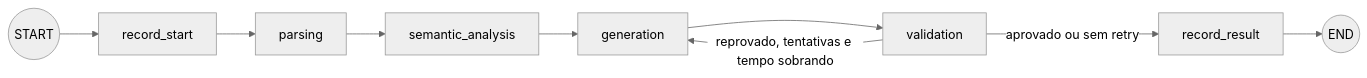
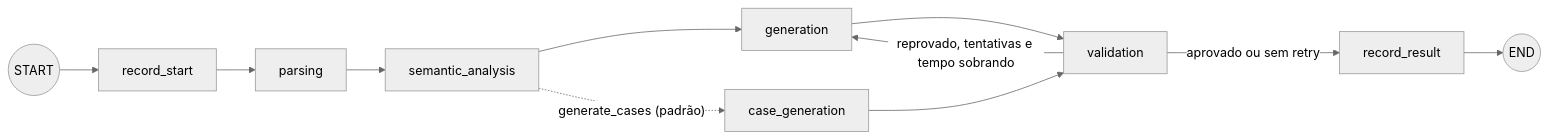
Before and after one commit to pedro-nuness/desafio-tecnico-sql-python: the diagram in README.md, drawn with Mermaid (neutral theme). The commit also changed other lines of this file and 56 other files, not shown here.

First line of the commit message:
feat: add case generation functionality and enhance modernization process

````diff
--- a/README.md
+++ b/README.md
@@ -98,11 +106,13 @@
 ```mermaid
 flowchart LR
     START((START)) --> record_start
     record_start --> parsing
     parsing --> semantic_analysis
     semantic_analysis --> generation
+    semantic_analysis -. "generate_cases (padrão)" .-> case_generation
     generation --> validation
+    case_generation --> validation
     validation -- "reprovado, tentativas e tempo sobrando" --> generation
     validation -- "aprovado ou sem retry" --> record_result
     record_result --> END((END))
 ```
````
